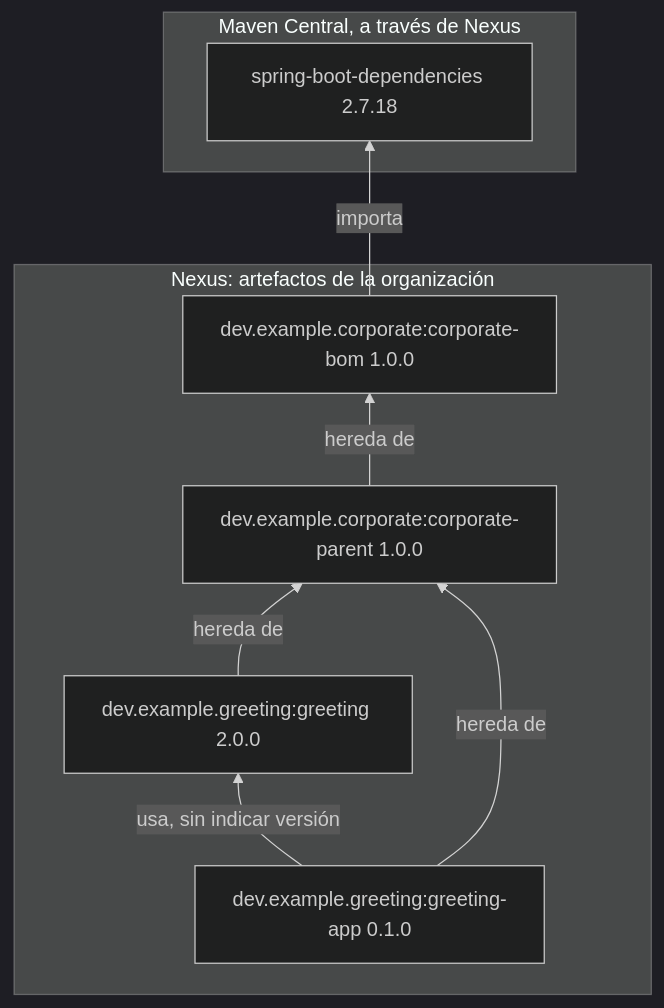
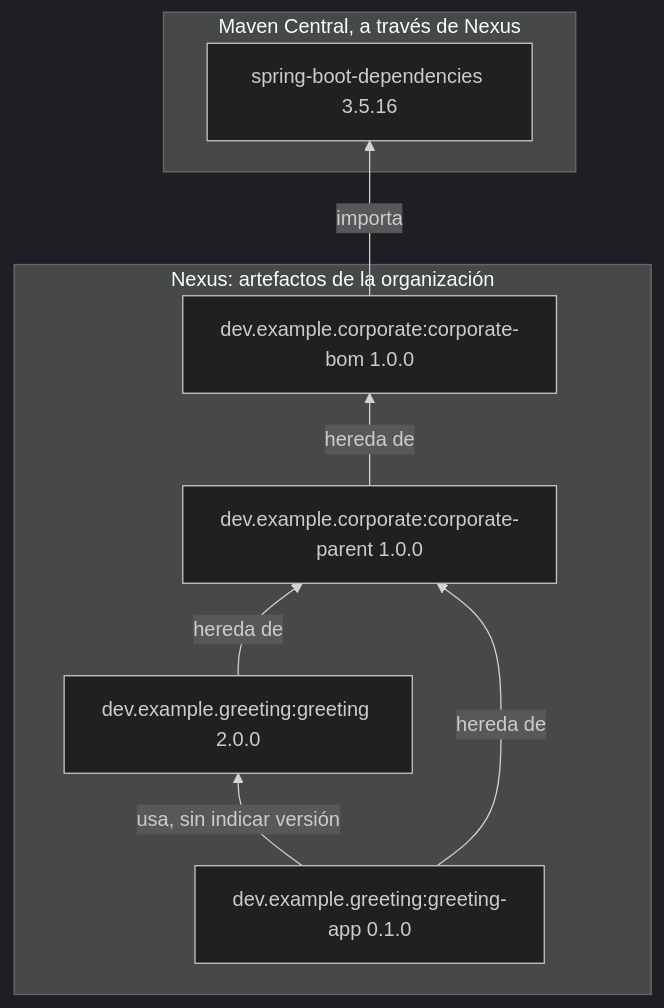
One commit to IAAA-Lab/maven-corporate-pom changed the first of 4 diagrams in README.md. Above: the diagram before and after it, drawn with Mermaid (dark theme). The commit also changed other lines of this file and 2 other files, not shown here.

First line of the commit message:
feat(bom)!: upgrade Spring Boot to 3.5.16

````diff
--- a/README.md
+++ b/README.md
@@ -67,18 +67,18 @@
 ```mermaid
 flowchart BT
     subgraph external["Maven Central, a través de Nexus"]
-        bootBom["spring-boot-dependencies 2.7.18"]
+        bootBom["spring-boot-dependencies 3.5.16"]
     end
     subgraph internal["Nexus: artefactos de la organización"]
         bom["dev.example.corporate:corporate-bom 1.0.0"]
         parent["dev.example.corporate:corporate-parent 1.0.0"]
         library["dev.example.greeting:greeting 2.0.0"]
         app["dev.example.greeting:greeting-app 0.1.0"]
     end
 
     bom -->|"importa"| bootBom
     parent -->|"hereda de"| bom
     library -->|"hereda de"| parent
     app -->|"hereda de"| parent
     app -->|"usa, sin indicar versión"| library
 ```
````
